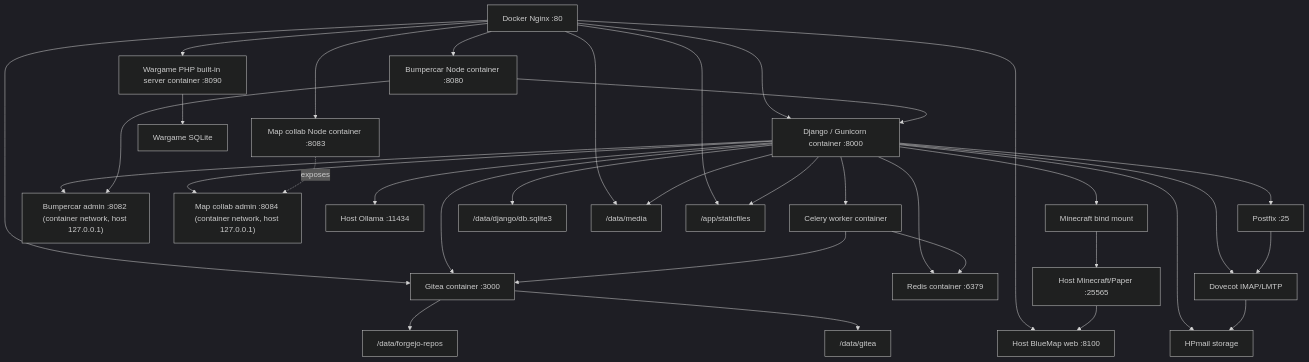
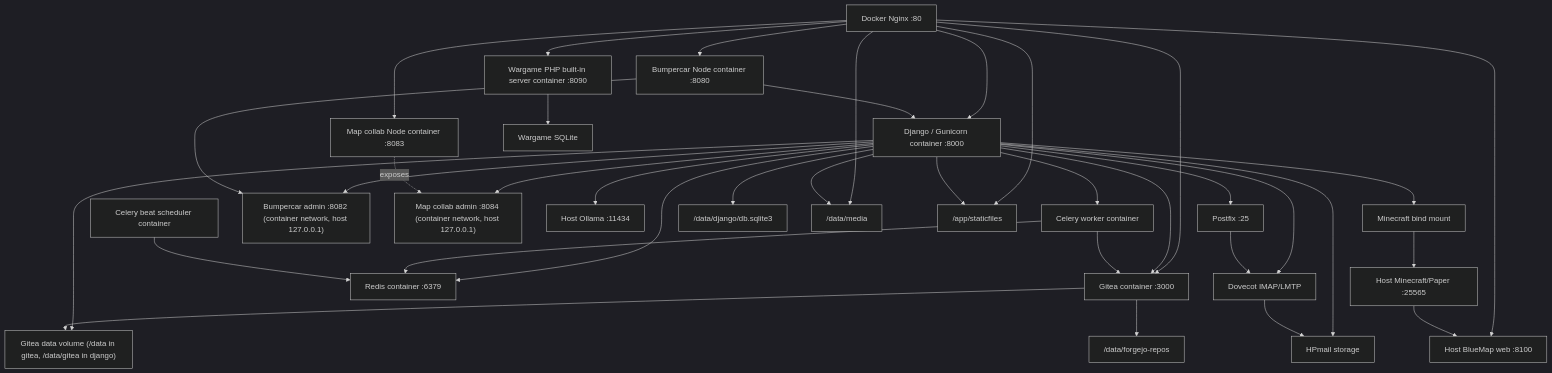
Before and after one commit to Adihang/Hanplanet: the second of 2 diagrams in README.md, drawn with Mermaid (dark theme). The commit also changed other lines of this file and 71 other files, not shown here.

Commit message:
Refactor project structure and UI flows

````diff
--- a/README.md
+++ b/README.md
@@ -66,60 +66,63 @@
 ```mermaid
 flowchart TD
   Nginx["Docker Nginx :80"]
   Django["Django / Gunicorn container :8000"]
   Gitea["Gitea container :3000"]
   Redis["Redis container :6379"]
   Celery["Celery worker container"]
+  CeleryBeat["Celery beat scheduler container"]
   Game["Bumpercar Node container :8080"]
   GameAdmin["Bumpercar admin :8082 (container network, host 127.0.0.1)"]
   MapCollab["Map collab Node container :8083"]
   MapAdmin["Map collab admin :8084 (container network, host 127.0.0.1)"]
   Wargame["Wargame PHP built-in server container :8090"]
   Ollama["Host Ollama :11434"]
   Postfix["Postfix :25"]
   Dovecot["Dovecot IMAP/LMTP"]
   HPmailStorage["HPmail storage"]
   Minecraft["Host Minecraft/Paper :25565"]
   BlueMap["Host BlueMap web :8100"]
   DjangoDB["/data/django/db.sqlite3"]
-  GiteaDB["/data/gitea"]
+  GiteaDB["Gitea data volume (/data in gitea, /data/gitea in django)"]
   WargameDB["Wargame SQLite"]
   Media["/data/media"]
   Static["/app/staticfiles"]
   RepoData["/data/forgejo-repos"]
   McData["Minecraft bind mount"]
 
   Nginx --> Django
   Nginx --> Gitea
   Nginx --> Game
   Nginx --> MapCollab
   Nginx --> Wargame
   Nginx --> Static
   Nginx --> Media
   Nginx --> BlueMap
   Django --> DjangoDB
   Django --> Media
   Django --> Static
   Django --> Ollama
   Django --> Redis
   Django --> Celery
   Django --> Gitea
+  Django --> GiteaDB
   Django --> GameAdmin
   Django --> MapAdmin
   Django --> McData
   Django --> Dovecot
   Django --> Postfix
   Django --> HPmailStorage
   Postfix --> Dovecot
   Dovecot --> HPmailStorage
   Celery --> Gitea
   Celery --> Redis
+  CeleryBeat --> Redis
   Gitea --> RepoData
   Gitea --> GiteaDB
   Game --> Django
   Game --> GameAdmin
   MapCollab -. exposes .-> MapAdmin
   Wargame --> WargameDB
   Minecraft --> BlueMap
   McData --> Minecraft
 ```
````
